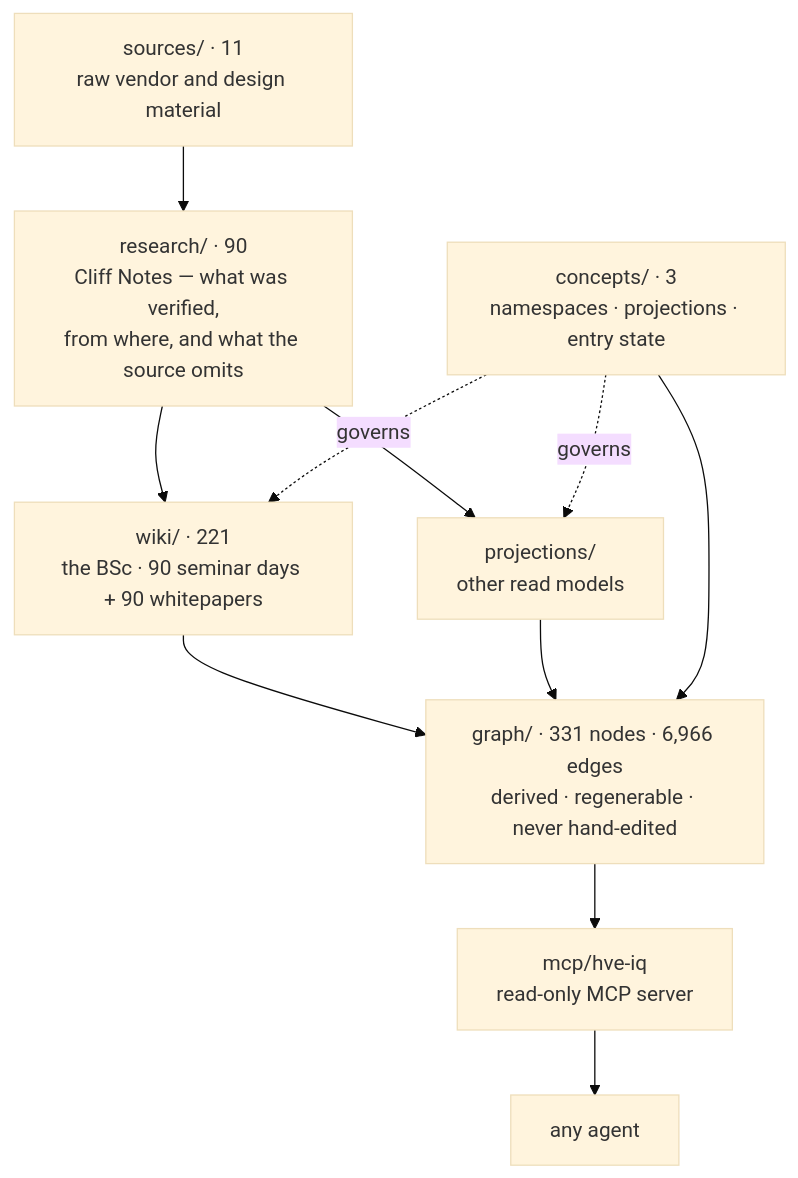
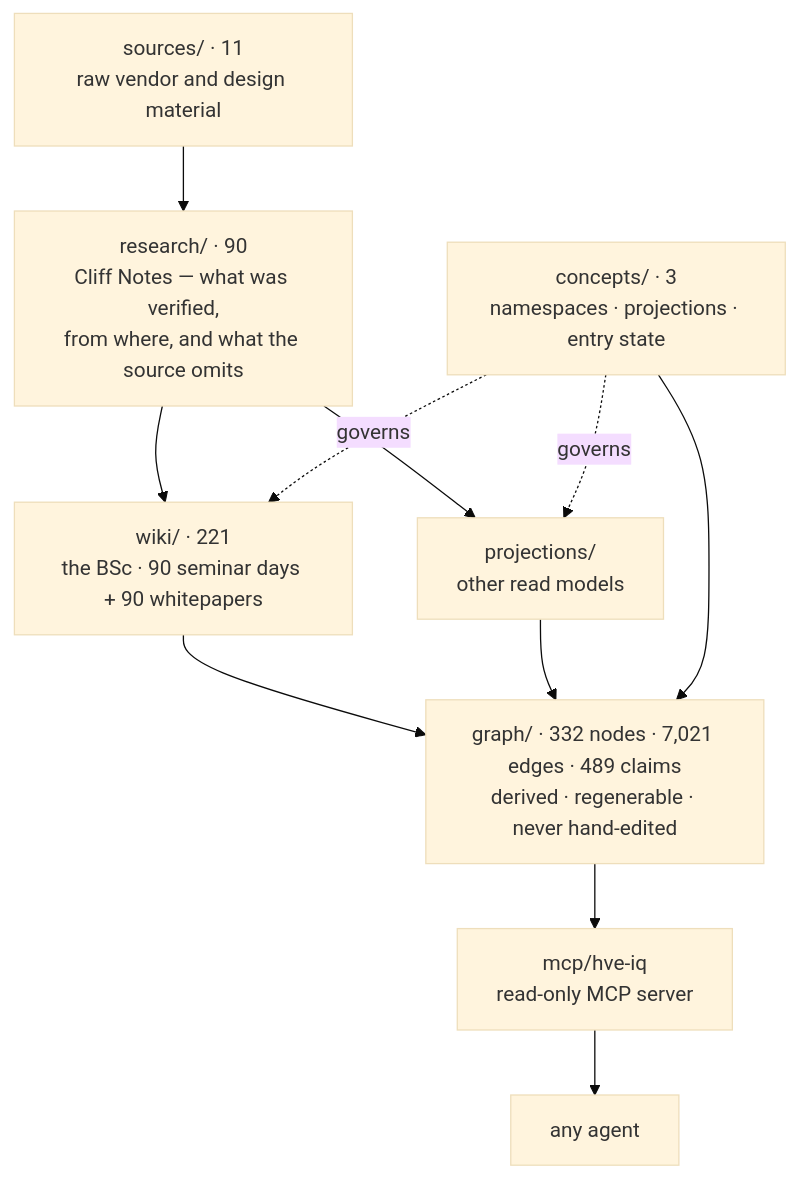
The diagram in README.md (venturemavenwill/high-velocity-engineering), drawn with Mermaid (base theme) before and after one commit. The commit also changed other lines of this file and 11 other files, not shown here.

````diff
--- a/README.md
+++ b/README.md
@@ -13,14 +13,14 @@
 ```mermaid
 flowchart TD
   S["sources/ · 11<br/>raw vendor and design material"] --> R
   R["research/ · 90<br/>Cliff Notes — what was verified,<br/>from where, and what the source omits"] --> W
   R --> P
   W["wiki/ · 221<br/>the BSc · 90 seminar days + 90 whitepapers"]
   P["projections/<br/>other read models"]
   C["concepts/ · 3<br/>namespaces · projections · entry state"] -.governs.-> W
   C -.governs.-> P
   W --> G
   P --> G
   C --> G
-  G["graph/ · 331 nodes · 6,966 edges<br/>derived · regenerable · never hand-edited"] --> M["mcp/hve-iq<br/>read-only MCP server"] --> A["any agent"]
+  G["graph/ · 332 nodes · 7,021 edges · 489 claims<br/>derived · regenerable · never hand-edited"] --> M["mcp/hve-iq<br/>read-only MCP server"] --> A["any agent"]
 ```
````
